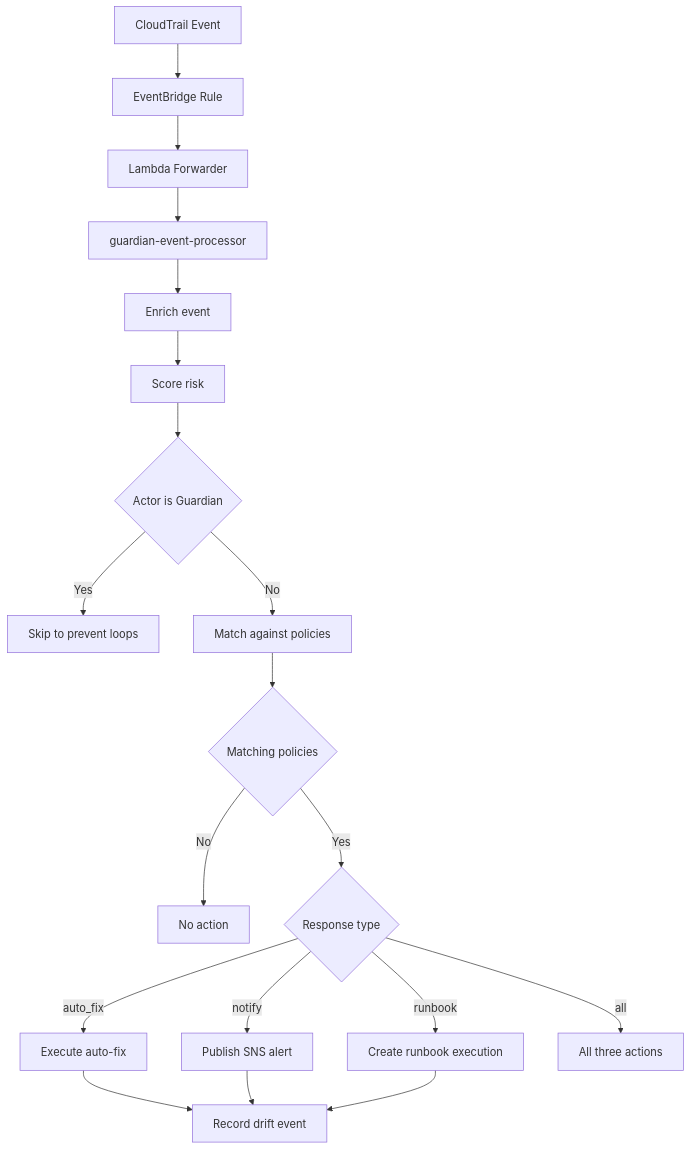
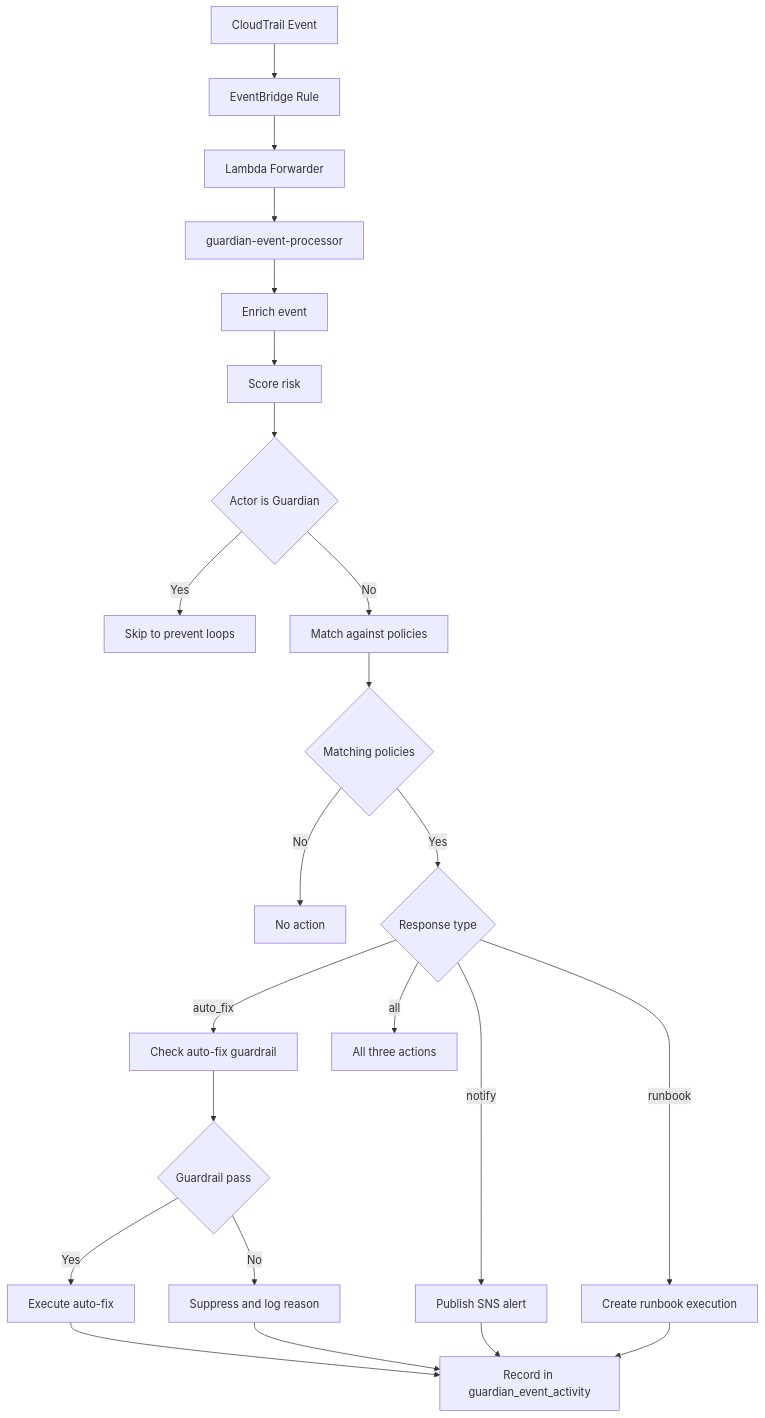
Diagram 22 of 25 in TECHNICAL_DOCUMENTATION.md (ritvikindupuri/aws-ai-agent), drawn with Mermaid before and after one commit. The commit also changed other lines of this file, not shown here.

Commit message:
Documented Guardian auto-scans

````diff
--- a/TECHNICAL_DOCUMENTATION.md
+++ b/TECHNICAL_DOCUMENTATION.md
@@ -1752,21 +1857,25 @@
 ```mermaid
 flowchart TD
     A[CloudTrail Event] --> B[EventBridge Rule]
     B --> C[Lambda Forwarder]
     C --> D[guardian-event-processor]
     D --> E[Enrich event]
     E --> F[Score risk]
     F --> G{Actor is Guardian}
     G -- Yes --> H[Skip to prevent loops]
     G -- No --> I[Match against policies]
     I --> J{Matching policies}
     J -- No --> K[No action]
     J -- Yes --> L{Response type}
-    L -- auto_fix --> M3[Execute auto-fix]
+    L -- auto_fix --> M3[Check auto-fix guardrail]
     L -- notify --> N[Publish SNS alert]
     L -- runbook --> O[Create runbook execution]
     L -- all --> P[All three actions]
-    M3 --> Q[Record drift event]
-    N --> Q
-    O --> Q
+    M3 --> Q{Guardrail pass}
+    Q -- Yes --> R[Execute auto-fix]
+    Q -- No --> S[Suppress and log reason]
+    R --> T[Record in guardian_event_activity]
+    S --> T
+    N --> T
+    O --> T
 ```
````
